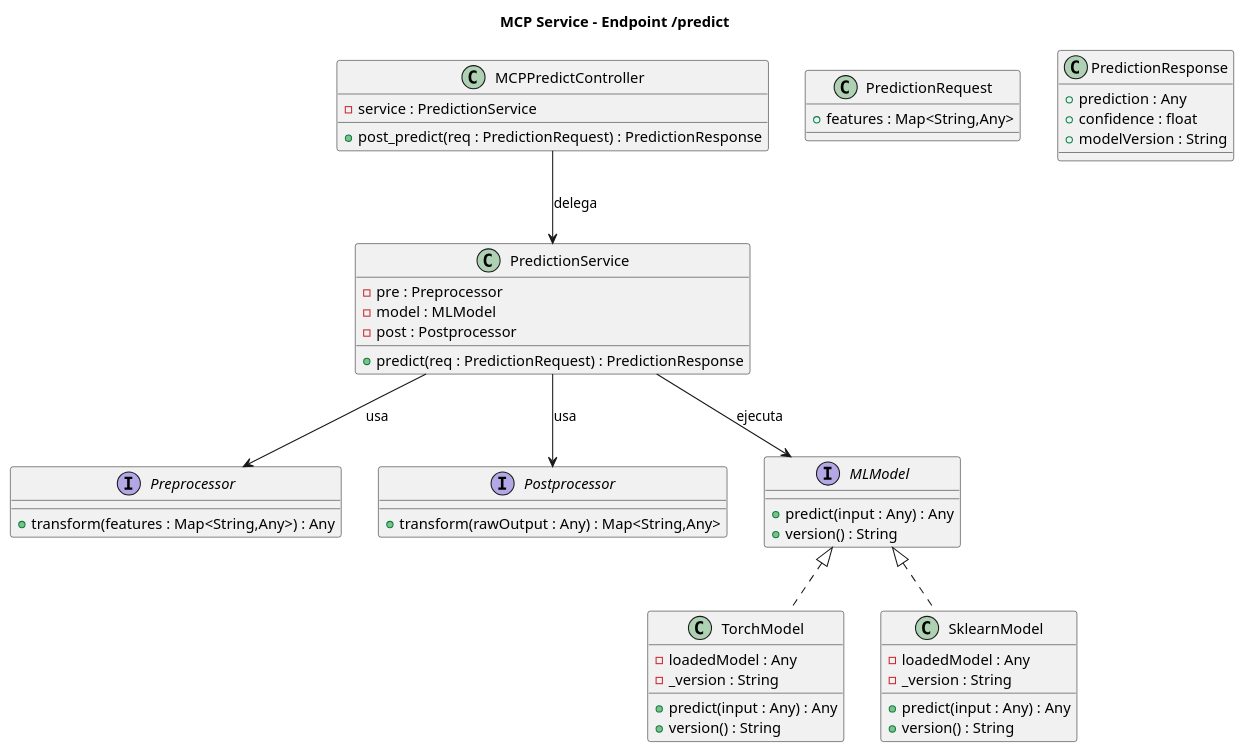
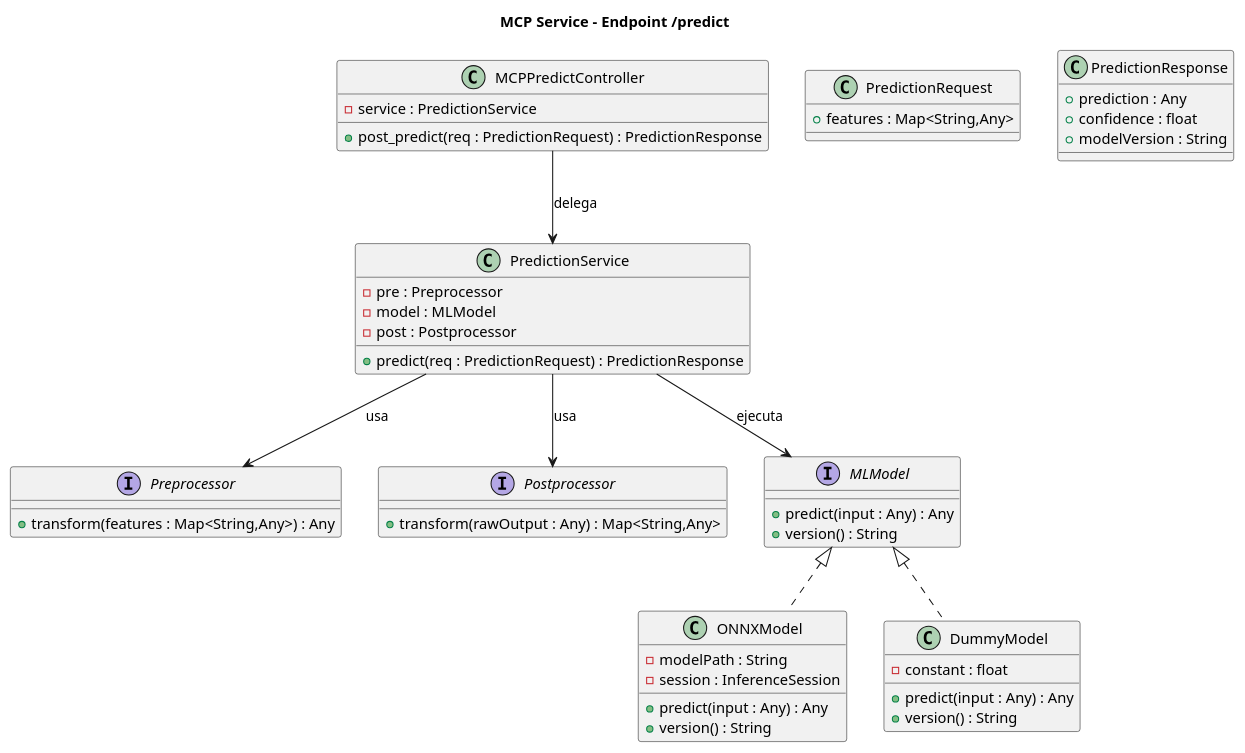
Before and after one commit to jagoss/tesis-umpe-supermarket-stock-prediction: the diagram in .docs/diagrams/mcp_server.puml, drawn with PlantUML. The commit also changed 34 other files, not shown here.

```diff
--- a/.docs/diagrams/mcp_server.puml
+++ b/.docs/diagrams/mcp_server.puml
@@ -1,65 +1,64 @@
 @startuml
 
 title MCP Service - Endpoint /predict
 
 ' ====== Endpoint Controller ======
 class MCPPredictController {
   - service : PredictionService
   + post_predict(req : PredictionRequest) : PredictionResponse
 }
 
 ' ====== Servicio central ======
 class PredictionService {
   - pre : Preprocessor
   - model : MLModel
   - post : Postprocessor
   + predict(req : PredictionRequest) : PredictionResponse
 }
 
 ' ====== Interfaces de Procesamiento ======
 interface Preprocessor {
   + transform(features : Map<String,Any>) : Any
 }
 
 interface Postprocessor {
   + transform(rawOutput : Any) : Map<String,Any>
 }
 
 ' ====== Modelo de ML ======
 interface MLModel {
   + predict(input : Any) : Any
   + version() : String
 }
 
-class TorchModel implements MLModel {
-  - loadedModel : Any
-  - _version : String
+class ONNXModel implements MLModel {
+  - modelPath : String
+  - session : InferenceSession
   + predict(input : Any) : Any
   + version() : String
 }
 
-class SklearnModel implements MLModel {
-  - loadedModel : Any
-  - _version : String
+class DummyModel implements MLModel {
+  - constant : float
   + predict(input : Any) : Any
   + version() : String
 }
 
 ' ====== Esquema Request/Response ======
 class PredictionRequest {
   + features : Map<String,Any>
 }
 
 class PredictionResponse {
   + prediction : Any
   + confidence : float
   + modelVersion : String
 }
 
 ' ====== Relaciones ======
 MCPPredictController --> PredictionService : delega
 PredictionService --> Preprocessor : usa
 PredictionService --> MLModel : ejecuta
 PredictionService --> Postprocessor : usa
 
 @enduml
```
